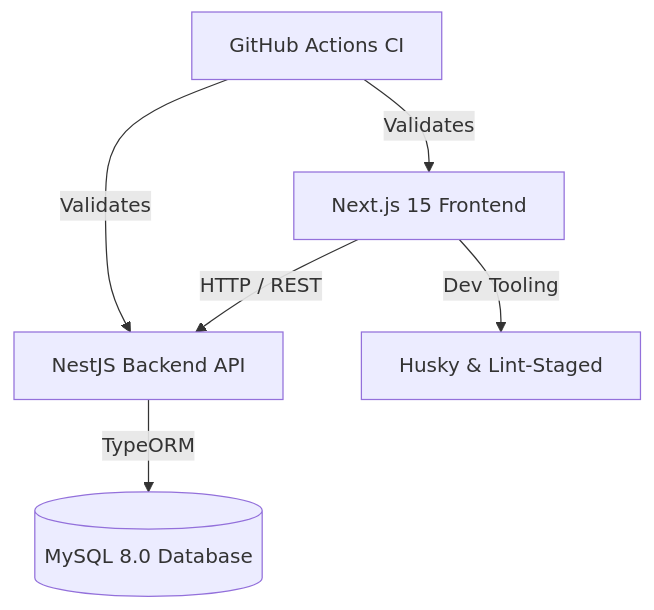
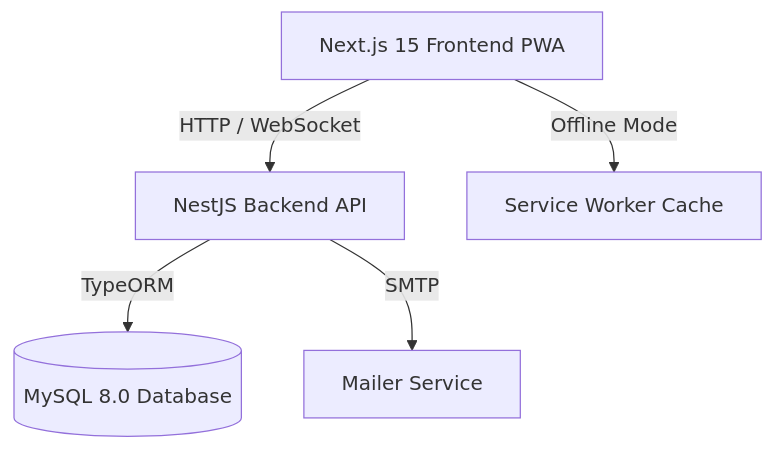
One commit to Dheeraj-589/food-ordering-platform changed the diagram in README.md. Above: the diagram before and after it, drawn with Mermaid. The commit also changed other lines of this file and 218 other files, not shown here.

````diff
--- a/README.md
+++ b/README.md
@@ -9,8 +11,7 @@
 ```mermaid
 graph TD
-    Client[Next.js 15 Frontend] -- HTTP / REST --> API[NestJS Backend API]
+    Client[Next.js 15 Frontend PWA] -- HTTP / WebSocket --> API[NestJS Backend API]
     API -- TypeORM --> DB[(MySQL 8.0 Database)]
-    Client -- Dev Tooling --> LintStaged[Husky & Lint-Staged]
-    GitHubActions[GitHub Actions CI] -- Validates --> Client
-    GitHubActions[GitHub Actions CI] -- Validates --> API
+    Client -- Offline Mode --> SW[Service Worker Cache]
+    API -- SMTP --> Email[Mailer Service]
 ```
````
